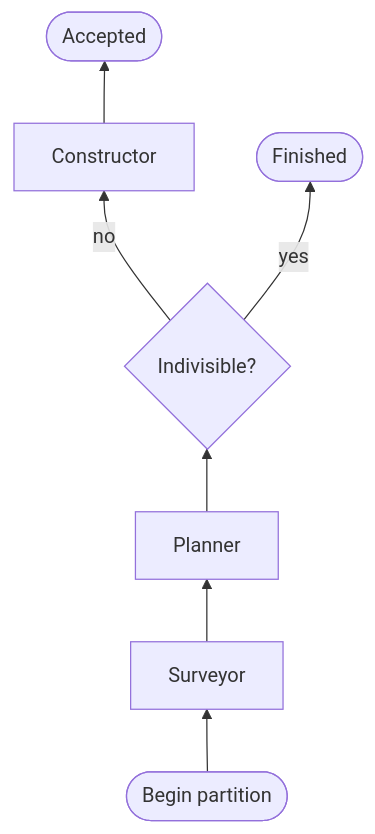
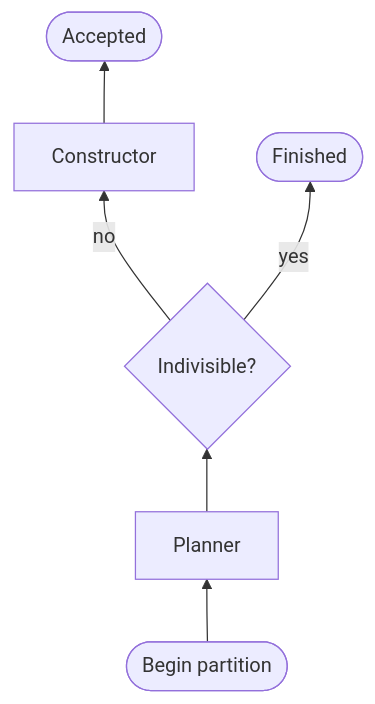
The first of 4 diagrams in docs/content/docs/using-eunomio/partitioning.mdx (James-Mart/eunomio), drawn with Mermaid before and after one commit. The commit also changed other lines of this file and 78 other files, not shown here.

````diff
--- a/docs/content/docs/using-eunomio/partitioning.mdx
+++ b/docs/content/docs/using-eunomio/partitioning.mdx
@@ -14,9 +14,8 @@
 ```mermaid
 flowchart BT
-    Begin([Begin partition]) --> Surveyor
-    Surveyor[Surveyor] --> Planner[Planner]
+    Begin([Begin partition]) --> Planner[Planner]
     Planner --> Indivisible{Indivisible?}
     Indivisible -- no --> Constructor[Constructor]
     Indivisible -- yes --> Finished([Finished])
     Constructor --> Accepted([Accepted])
 ```
````
